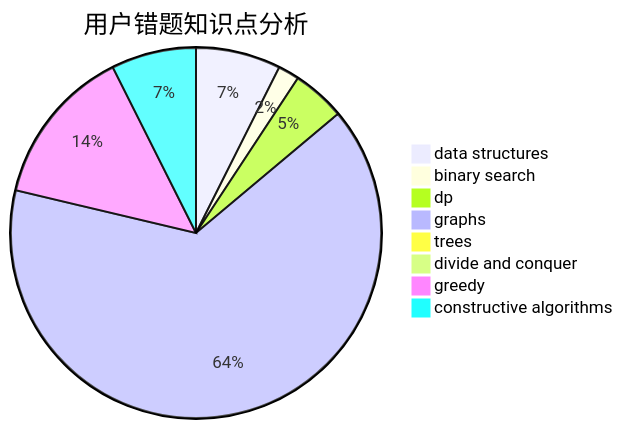
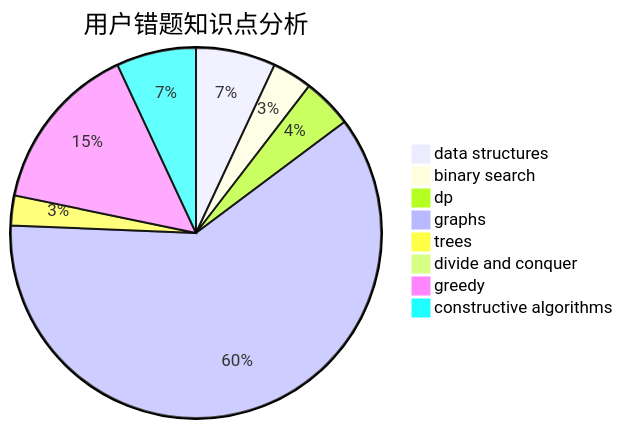
The third of 3 diagrams in docs/user/u1914.md (sherpahu/cfrs.github.io), drawn with Mermaid before and after one commit. The commit also changed other lines of this file and 2770 other files, not shown here.

````diff
--- a/docs/user/u1914.md
+++ b/docs/user/u1914.md
@@ -36,11 +36,11 @@
 ```mermaid
 pie title 用户错题知识点分析
     "data structures" :  8
-    "binary search" :  2
+    "binary search" :  4
     "dp" :  5
     "graphs" :  70
-    "trees" :  1
+    "trees" :  3
     "divide and conquer" :  1
-    "greedy" :  15
+    "greedy" :  17
     "constructive algorithms" :  8
 ```
````
